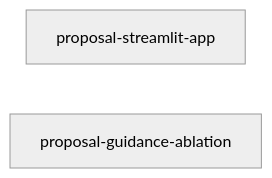
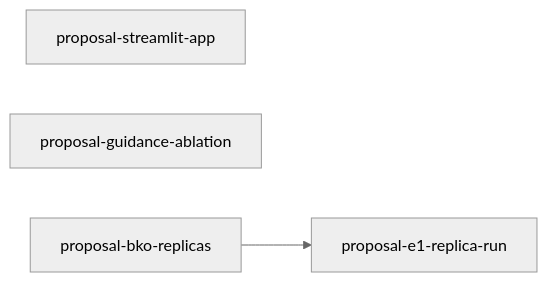
Before and after one commit to joe-dartmouth/synthetic: the diagram in tasks/proposal-index.md, drawn with Mermaid (neutral theme). The commit also changed other lines of this file and 6 other files, not shown here.

First line of the commit message:
Queue BKO replicas and judge E1's latest configuration (#21)

````diff
--- a/tasks/proposal-index.md
+++ b/tasks/proposal-index.md
@@ -16,5 +18,6 @@
 ```mermaid
 flowchart LR
     streamlit_app[proposal-streamlit-app]
     guidance_ablation[proposal-guidance-ablation]
+    bko_replicas[proposal-bko-replicas] --> e1_replica_run[proposal-e1-replica-run]
 ```
````
